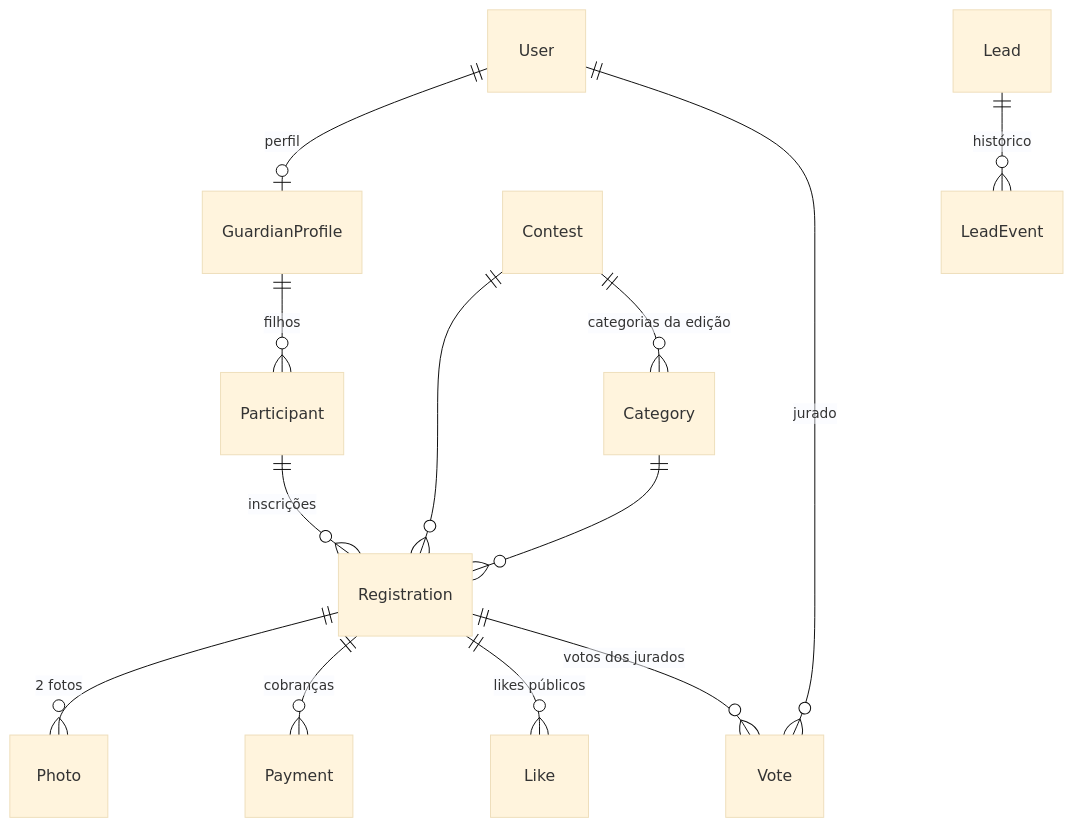
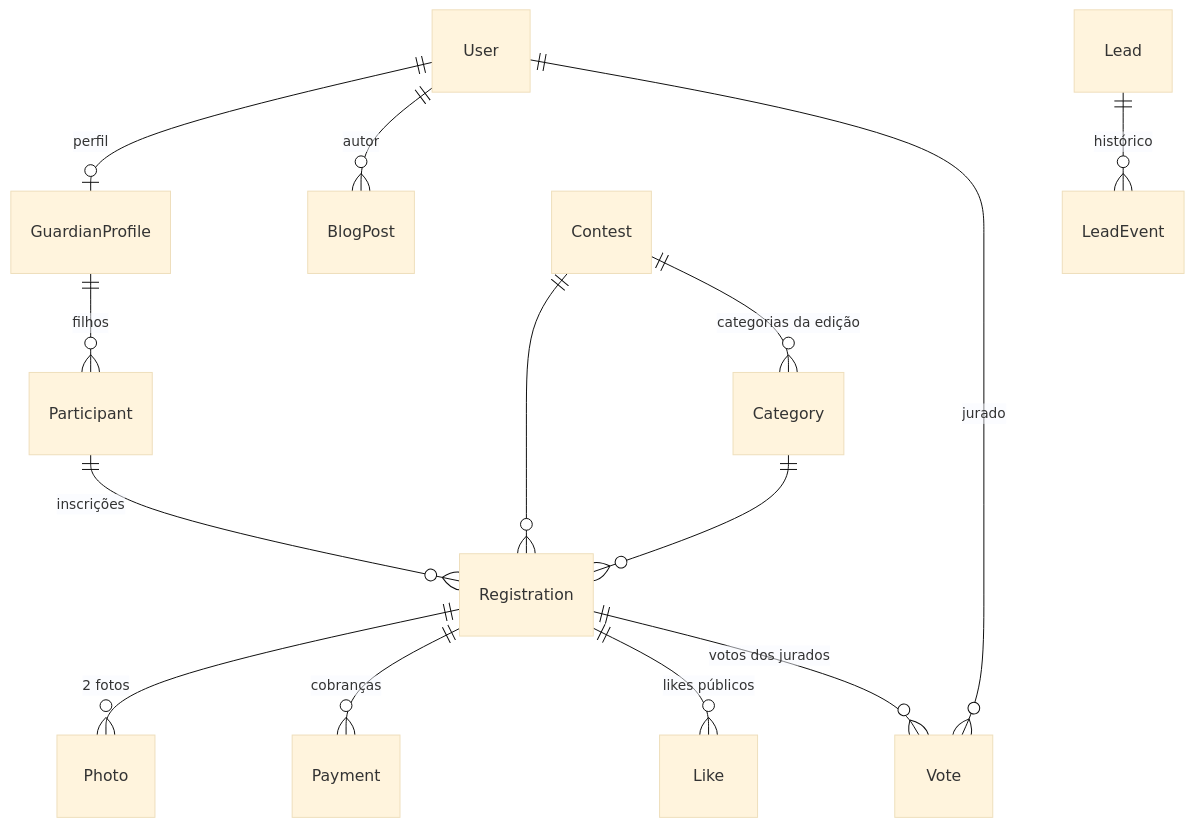
Before and after one commit to gustavoborgs/ccmf-platform: the diagram in docs/03-modelo-de-dados.md, drawn with Mermaid (base theme). The commit also changed other lines of this file and 47 other files, not shown here.

````diff
--- a/docs/03-modelo-de-dados.md
+++ b/docs/03-modelo-de-dados.md
@@ -7,15 +7,16 @@
 ```mermaid
 erDiagram
     User ||--o| GuardianProfile : "perfil"
+    User ||--o{ BlogPost : "autor"
     GuardianProfile ||--o{ Participant : "filhos"
     Participant ||--o{ Registration : "inscrições"
     Contest ||--o{ Registration : ""
     Contest ||--o{ Category : "categorias da edição"
     Category ||--o{ Registration : ""
     Registration ||--o{ Photo : "2 fotos"
     Registration ||--o{ Payment : "cobranças"
     Registration ||--o{ Like : "likes públicos"
     Registration ||--o{ Vote : "votos dos jurados"
     User ||--o{ Vote : "jurado"
     Lead ||--o{ LeadEvent : "histórico"
 ```
````
